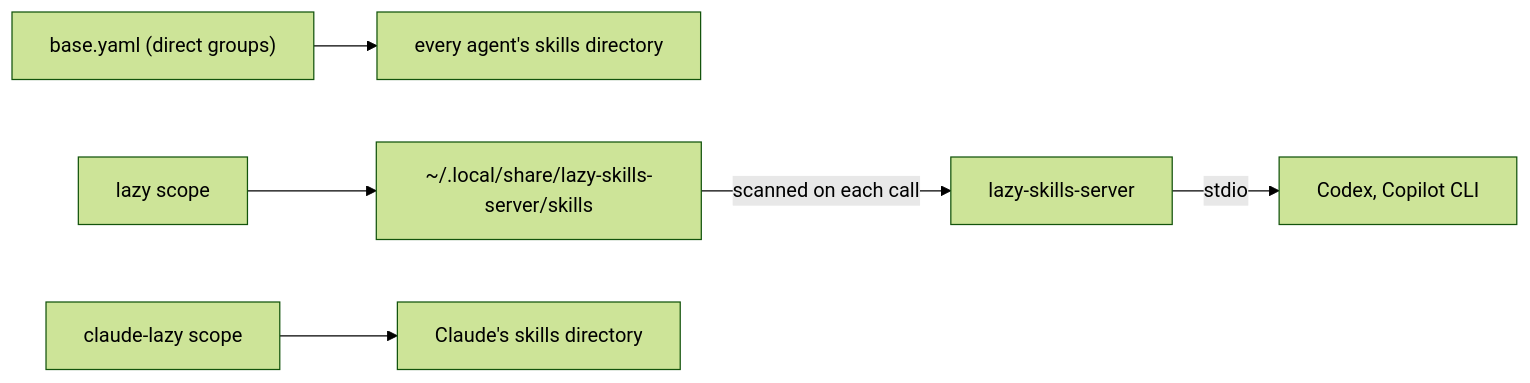
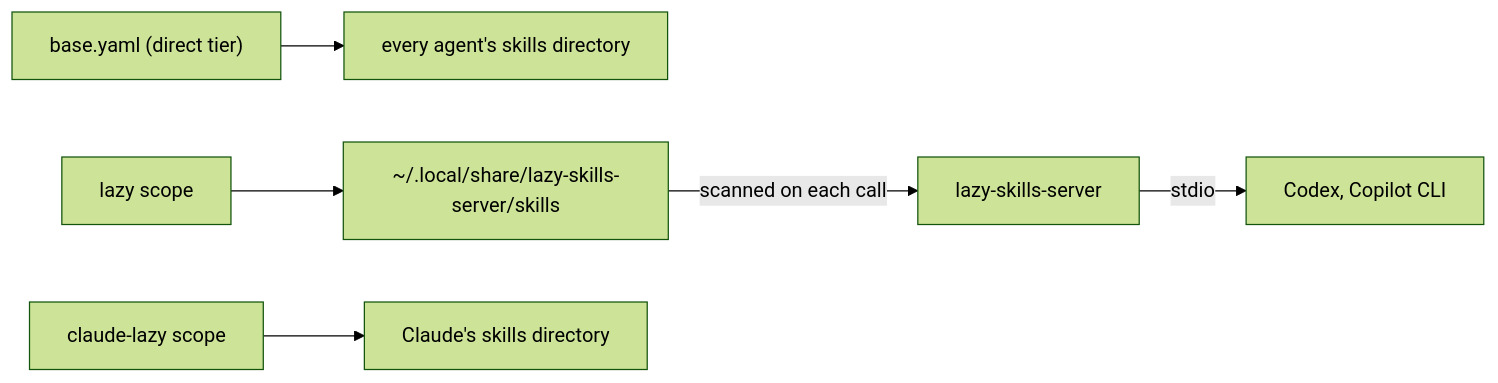
One commit to jonatsu/lazy-skills-mcp changed the diagram in README.md. Above: the diagram before and after it, drawn with Mermaid (forest theme). The commit also changed other lines of this file, not shown here.

First line of the commit message:
refactor(skills): remove kasetto-sync and its post-commit hook

````diff
--- a/README.md
+++ b/README.md
@@ -29,8 +31,8 @@
 ```mermaid
 flowchart LR
-    base["base.yaml (direct groups)"] --> native["every agent's skills directory"]
+    base["base.yaml (direct tier)"] --> native["every agent's skills directory"]
     lazy["lazy scope"] --> dir["~/.local/share/lazy-skills-server/skills"]
     claudelazy["claude-lazy scope"] --> claude["Claude's skills directory"]
     dir -->|scanned on each call| server["lazy-skills-server"]
     server -->|stdio| agents["Codex, Copilot CLI"]
 ```
````
